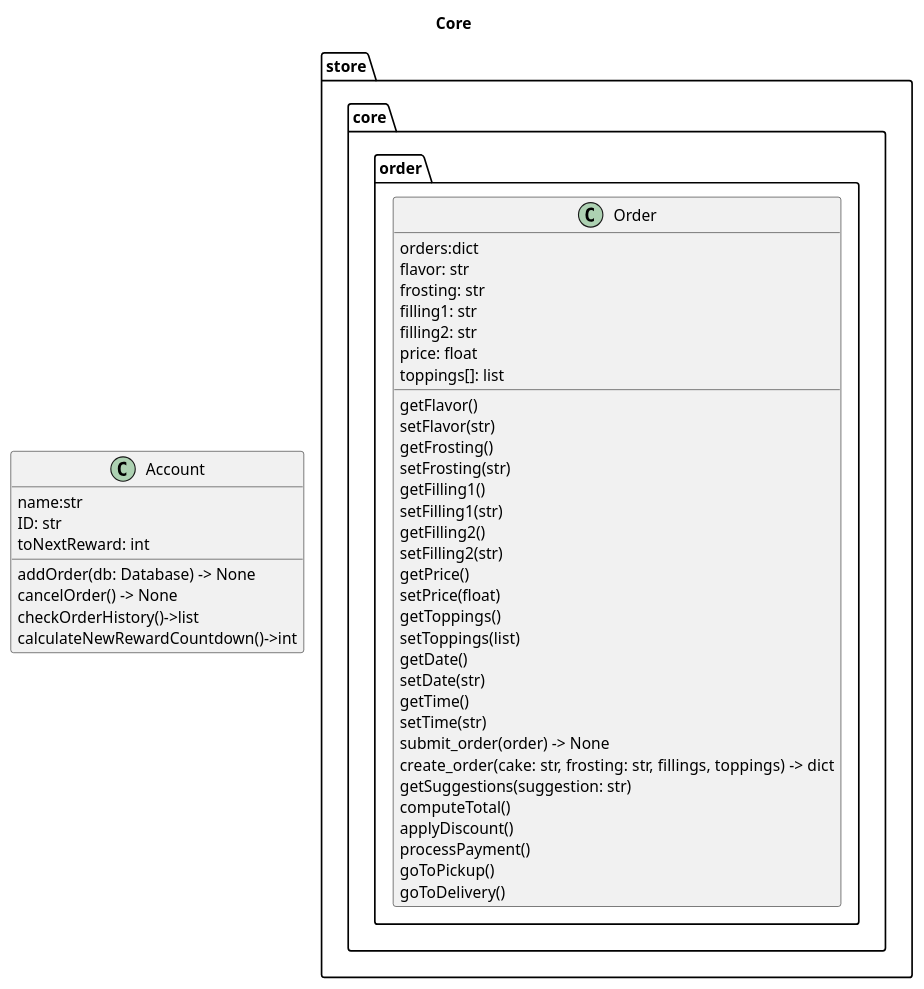
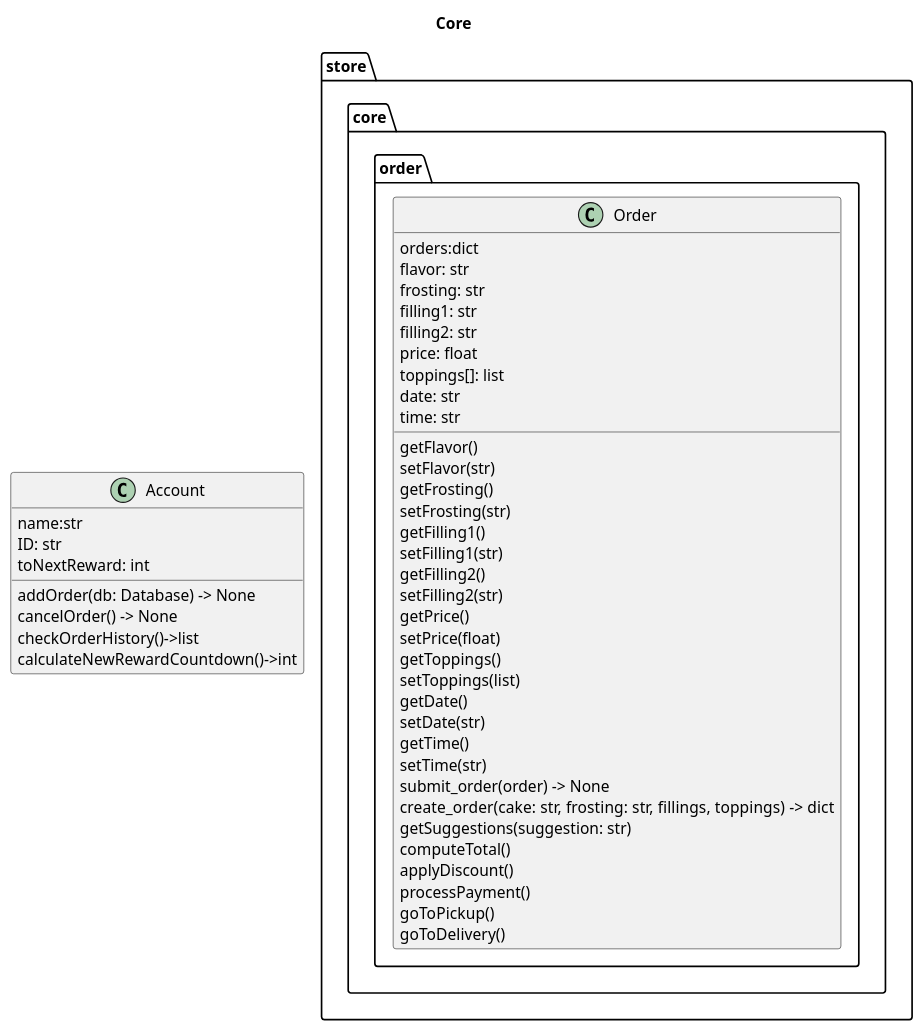
One commit to mnguye49/finalProject changed the diagram in core/class.puml. Above: the diagram before and after it, drawn with PlantUML.

```diff
--- a/core/class.puml
+++ b/core/class.puml
@@ -1,45 +1,47 @@
 @startuml class
 title Core
 class "Order" as store.core.order.Order {
     orders:dict
     flavor: str
     frosting: str
     filling1: str
     filling2: str
     price: float
     toppings[]: list
+    date: str
+    time: str
     getFlavor()
     setFlavor(str)
     getFrosting()
     setFrosting(str)
     getFilling1()
     setFilling1(str)
     getFilling2()
     setFilling2(str)
     getPrice()
     setPrice(float)
     getToppings()
     setToppings(list)
     getDate()
     setDate(str)
     getTime()
     setTime(str)
     submit_order(order) -> None
     create_order(cake: str, frosting: str, fillings, toppings) -> dict
     getSuggestions(suggestion: str)
     computeTotal()
     applyDiscount()
     processPayment()
     goToPickup()
     goToDelivery()
 }
 class Account {
     name:str
     ID: str
     toNextReward: int
     addOrder(db: Database) -> None
     cancelOrder() -> None
     checkOrderHistory()->list
     calculateNewRewardCountdown()->int
 }
 @enduml
```
